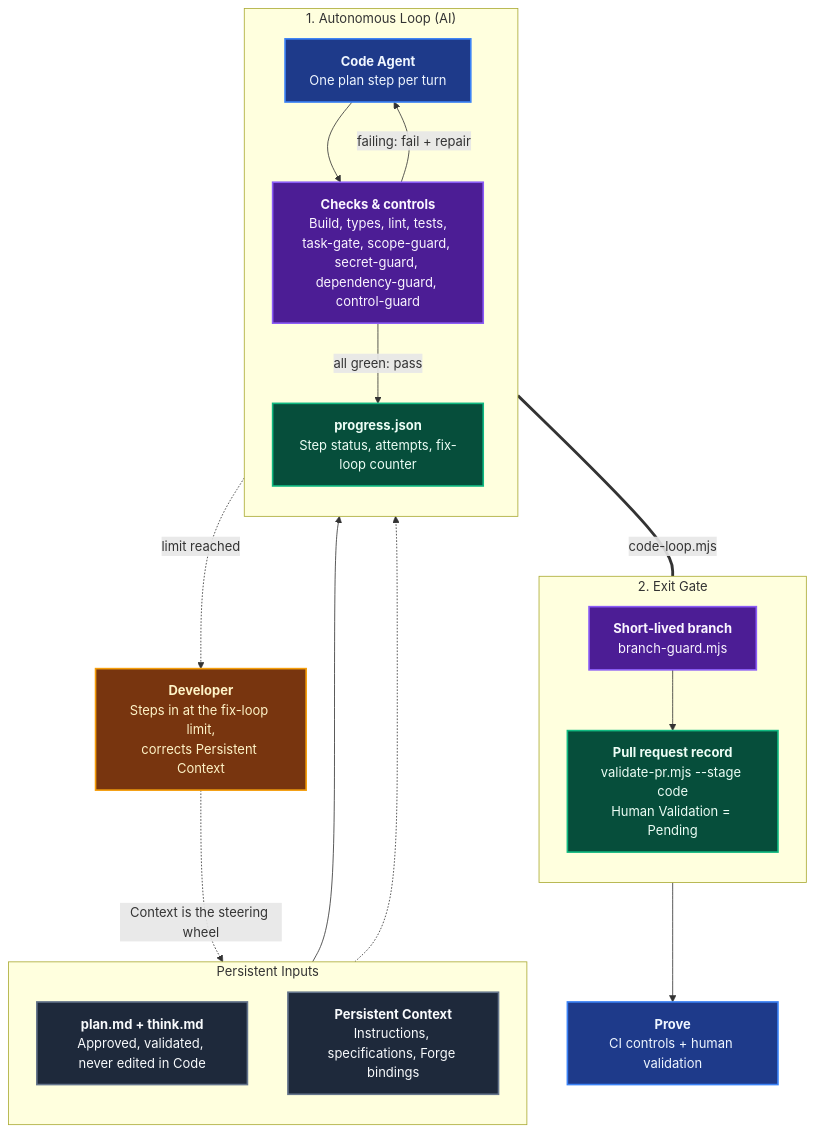
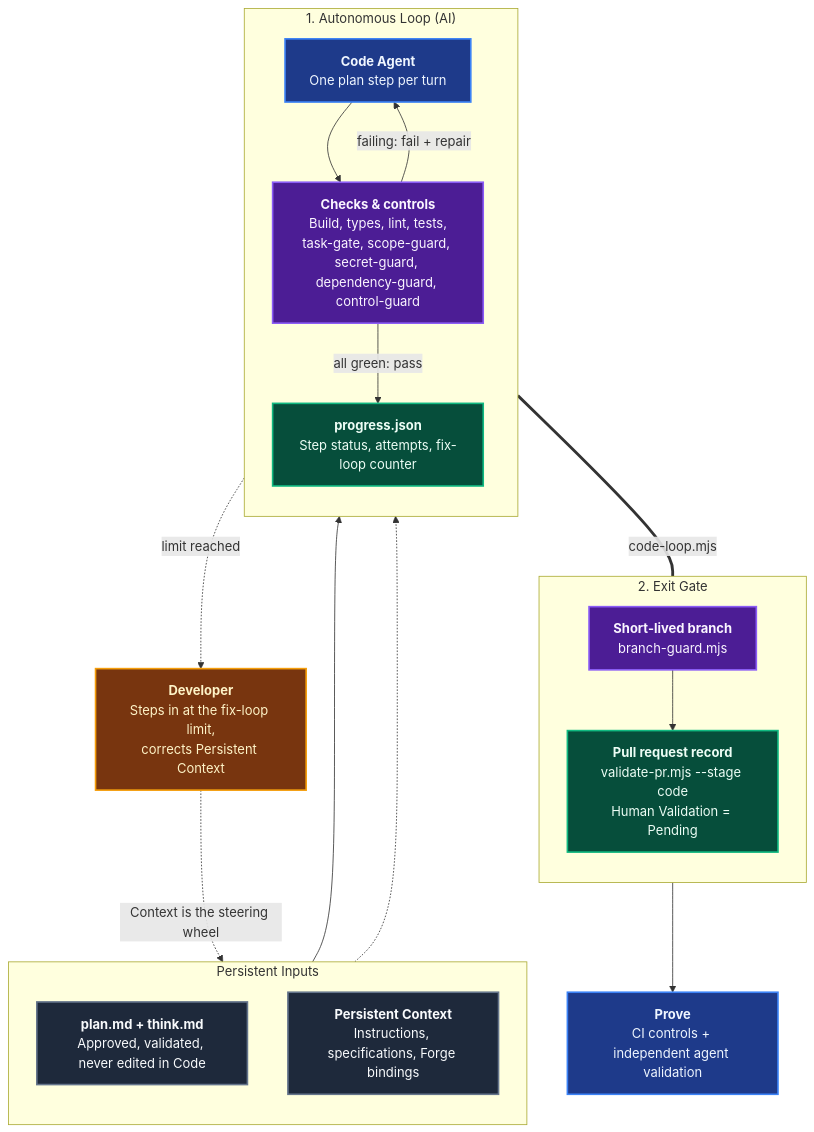
The first of 2 diagrams in website/docs/guide/domain-code.md (ALTEN-group/coding-pal), drawn with Mermaid before and after one commit. The commit also changed other lines of this file and 45 other files, not shown here.

````diff
--- a/website/docs/guide/domain-code.md
+++ b/website/docs/guide/domain-code.md
@@ -11,50 +11,50 @@
 ```mermaid
 ---
 caption: Validated Plan to Pull Request (Plan -> Code -> Prove)
 ---
 flowchart TD
     subgraph Inputs ["Persistent Inputs"]
         direction TB
         PLAN["<b>plan.md + think.md</b><br/>Approved, validated, never edited in Code"]
         CTX["<b>Persistent Context</b><br/>Instructions, specifications, Forge bindings"]
     end
 
     subgraph Loop ["1. Autonomous Loop (AI)"]
         direction TB
         AG["<b>Code Agent</b><br/>One plan step per turn"]
         CTRL["<b>Checks & controls</b><br/>Build, types, lint, tests,<br/>task-gate, scope-guard, secret-guard, dependency-guard, control-guard"]
         PRG["<b>progress.json</b><br/>Step status, attempts, fix-loop counter"]
         AG --> CTRL
         CTRL -->|"all green: pass"| PRG
         CTRL -->|"failing: fail + repair"| AG
     end
 
     subgraph Gate ["2. Exit Gate"]
         direction TB
         BR["<b>Short-lived branch</b><br/>branch-guard.mjs"]
         PR["<b>Pull request record</b><br/>validate-pr.mjs --stage code<br/>Human Validation = Pending"]
         BR --> PR
     end
 
     DEV["<b>Developer</b><br/>Steps in at the fix-loop limit,<br/>corrects Persistent Context"]
-    PROVE["<b>Prove</b><br/>CI controls + human validation"]
+    PROVE["<b>Prove</b><br/>CI controls + independent agent validation"]
 
     PLAN --> AG
     CTX -.-> AG
     PRG ===|"code-loop.mjs"| BR
     PR --> PROVE
     AG -.->|"limit reached"| DEV
     DEV -.->|"Context is the steering wheel"| CTX
 
     classDef stage fill:#1e3a8a,stroke:#3b82f6,stroke-width:2px,color:#eff6ff;
     classDef artifact fill:#064e3b,stroke:#10b981,stroke-width:2px,color:#ecfdf5;
     classDef input fill:#1e293b,stroke:#64748b,stroke-width:2px,color:#f8fafc;
     classDef human fill:#78350f,stroke:#f59e0b,stroke-width:2px,color:#fef3c7;
     classDef control fill:#4c1d95,stroke:#8b5cf6,stroke-width:2px,color:#faf5ff;
 
     class PLAN,CTX input;
     class AG,PROVE stage;
     class PRG,PR artifact;
     class CTRL,BR control;
     class DEV human;
 ```
````
